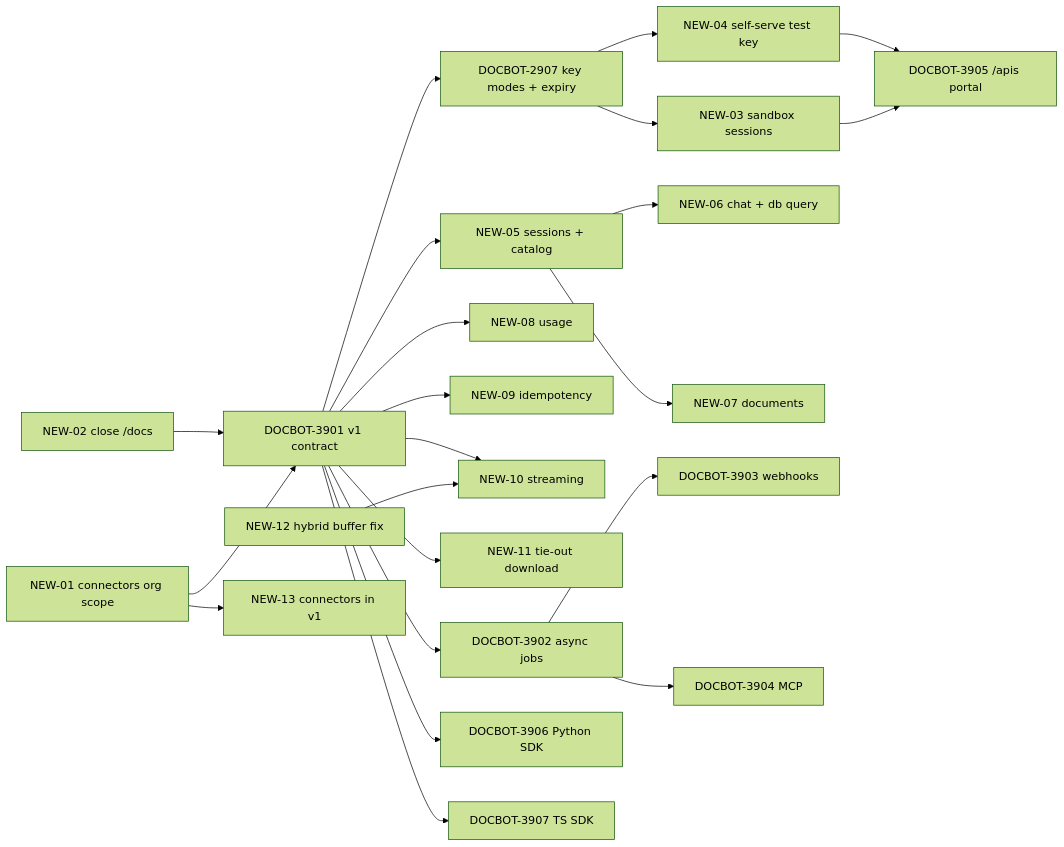
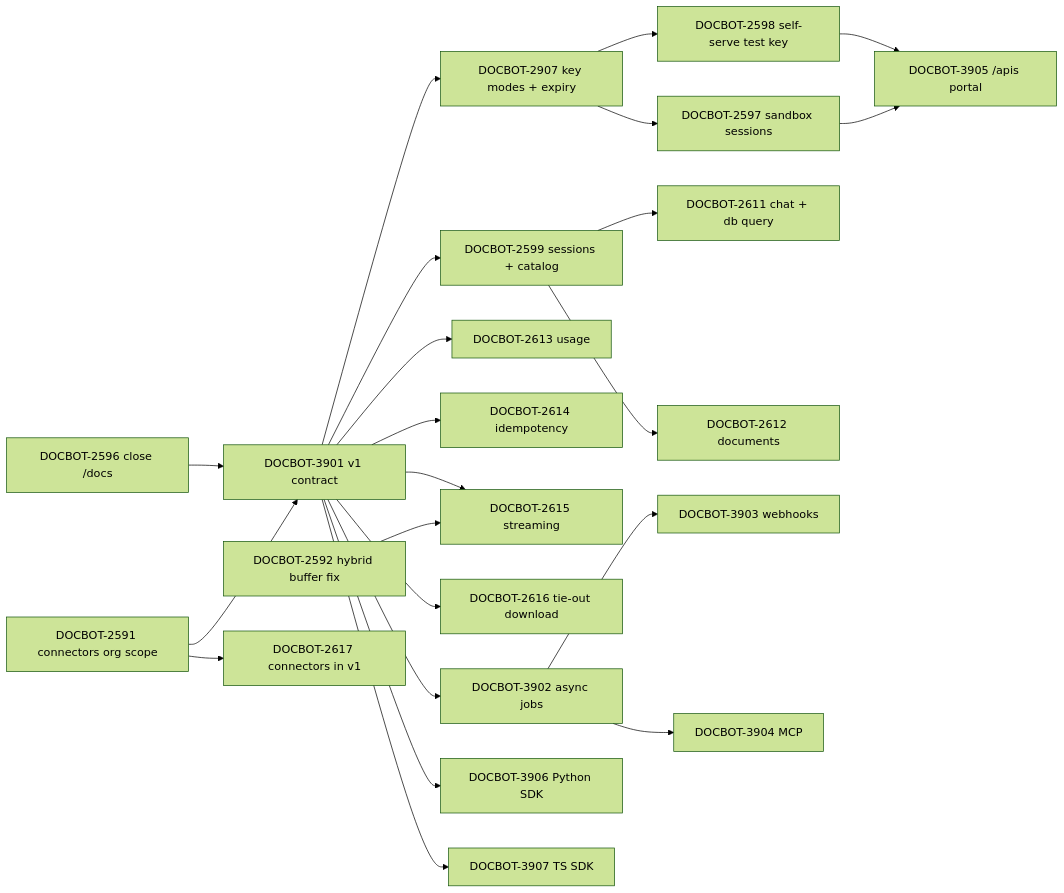
One commit to ssinghai6/DocBot changed the diagram in docs/wiki/api/04-implementation-backlog.md. Above: the diagram before and after it, drawn with Mermaid (forest theme). The commit also changed other lines of this file and 26 other files, not shown here.

````diff
--- a/docs/wiki/api/04-implementation-backlog.md
+++ b/docs/wiki/api/04-implementation-backlog.md
@@ -60,24 +62,24 @@
 ```mermaid
 flowchart LR
-  N01[NEW-01 connectors org scope] --> D3901[DOCBOT-3901 v1 contract]
-  N02[NEW-02 close /docs] --> D3901
+  N01[DOCBOT-2591 connectors org scope] --> D3901[DOCBOT-3901 v1 contract]
+  N02[DOCBOT-2596 close /docs] --> D3901
   D3901 --> D2907[DOCBOT-2907 key modes + expiry]
-  D2907 --> N03[NEW-03 sandbox sessions]
-  D2907 --> N04[NEW-04 self-serve test key]
+  D2907 --> N03[DOCBOT-2597 sandbox sessions]
+  D2907 --> N04[DOCBOT-2598 self-serve test key]
   N03 --> D3905[DOCBOT-3905 /apis portal]
   N04 --> D3905
-  D3901 --> N05[NEW-05 sessions + catalog]
-  N05 --> N06[NEW-06 chat + db query]
-  N05 --> N07[NEW-07 documents]
-  D3901 --> N08[NEW-08 usage]
-  D3901 --> N09[NEW-09 idempotency]
-  N12[NEW-12 hybrid buffer fix] --> N10[NEW-10 streaming]
+  D3901 --> N05[DOCBOT-2599 sessions + catalog]
+  N05 --> N06[DOCBOT-2611 chat + db query]
+  N05 --> N07[DOCBOT-2612 documents]
+  D3901 --> N08[DOCBOT-2613 usage]
+  D3901 --> N09[DOCBOT-2614 idempotency]
+  N12[DOCBOT-2592 hybrid buffer fix] --> N10[DOCBOT-2615 streaming]
   D3901 --> N10
-  D3901 --> N11[NEW-11 tie-out download]
+  D3901 --> N11[DOCBOT-2616 tie-out download]
   D3901 --> D3902[DOCBOT-3902 async jobs]
   D3902 --> D3903[DOCBOT-3903 webhooks]
   D3902 --> D3904[DOCBOT-3904 MCP]
   D3901 --> D3906[DOCBOT-3906 Python SDK]
   D3901 --> D3907[DOCBOT-3907 TS SDK]
-  N01 --> N13[NEW-13 connectors in v1]
+  N01 --> N13[DOCBOT-2617 connectors in v1]
 ```
````
